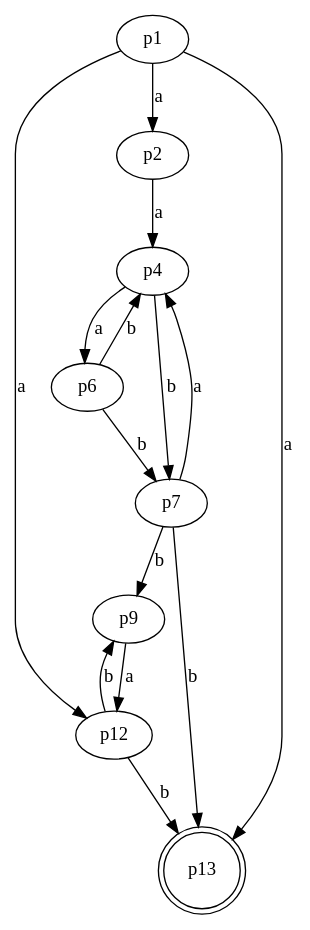
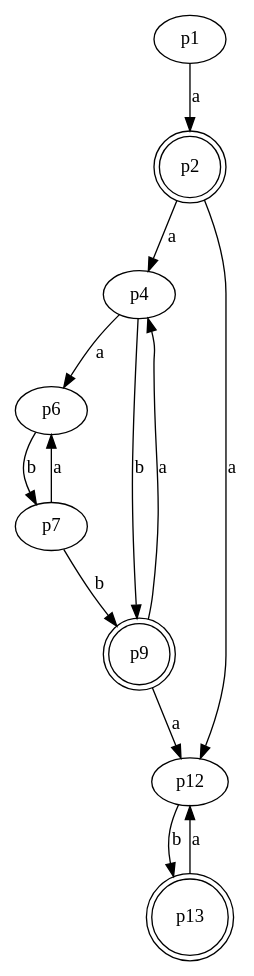
Before and after one commit to NRU-MPEI-IMAI/git-Edmelissa: the diagram in Task3/3_2(del).gv, drawn with Graphviz.

```diff
--- a/Task3/3_2(del).gv
+++ b/Task3/3_2(del).gv
@@ -1,33 +1,31 @@
 digraph G 
 {
     n1 [label = p1]
-    n2 [label = p2]
+    n2 [label = p2, shape = doublecircle]
     n4 [label = p4]
     n6 [label = p6]
     n7 [label = p7]
-    n9 [label = p9]
+    n9 [label = p9, shape = doublecircle]
     n12 [label = p12]
     n13[label = p13, shape = doublecircle]
 
-
     n1 -> n2 [label = "a"]
-    n1 -> n12 [label = "a"]
-    n1 -> n13 [label = "a"]
     
     n2 -> n4 [label = "a"]
+    n2 -> n12 [label = "a"]
     
     n4 -> n6 [label = "a"]
-    n4 -> n7 [label = "b"]
+    n4 -> n9 [label = "b"]
     
-    n6 -> n4 [label = "b"]
     n6 -> n7 [label = "b"]
     
-    n7 -> n4 [label = "a"]
+    n7 -> n6 [label = "a"]
     n7 -> n9 [label = "b"]
-    n7 -> n13 [label = "b"]
     
+    n9 -> n4 [label = "a"]
     n9 -> n12 [label = "a"]
     
     n12 -> n13 [label = "b"]
-    n12 -> n9 [label = "b"]
+    
+    n13 -> n12 [label = "a"]
 }
```
